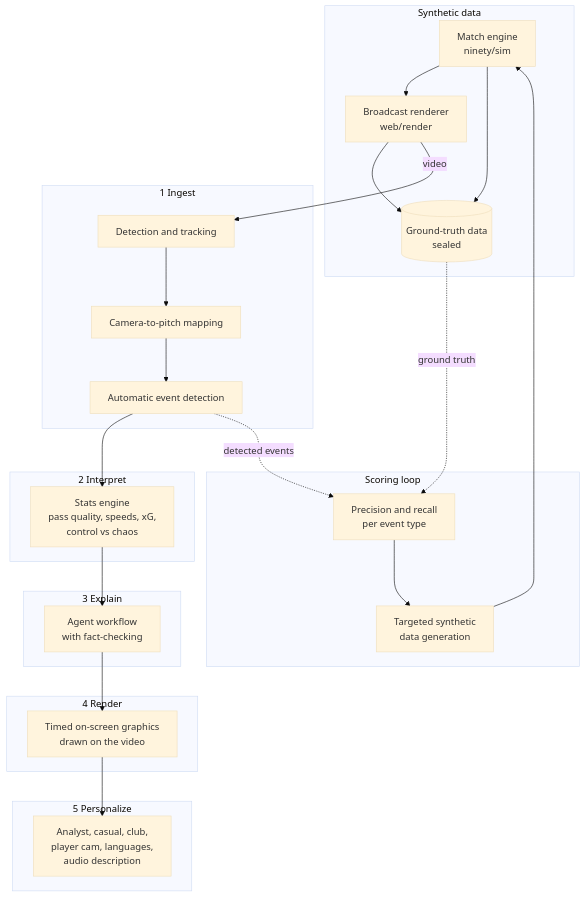
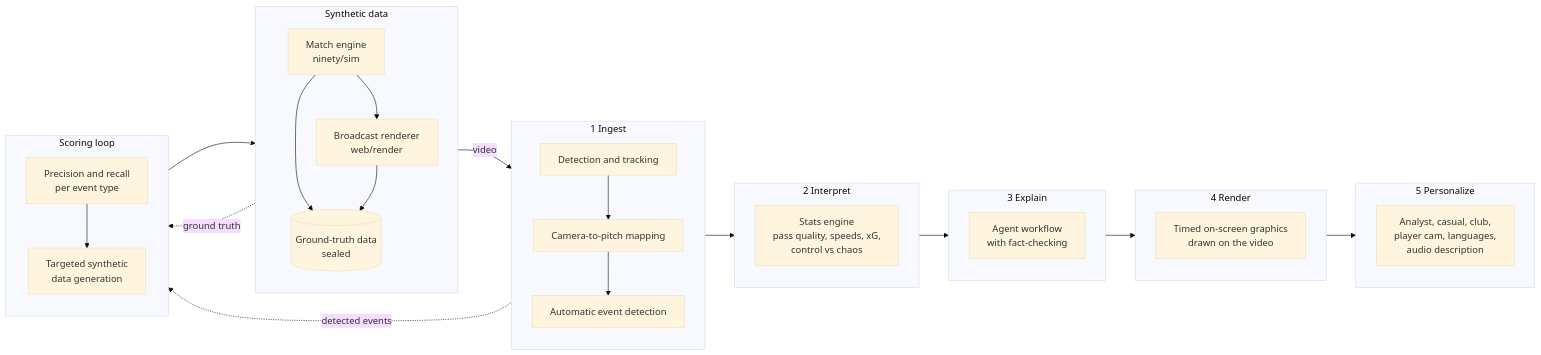
Before and after one commit to KLKH7/the-ninety-labs: the first of 4 diagrams in docs/ARCHITECTURE.md, drawn with Mermaid (base theme). The commit also changed other lines of this file, not shown here.

Commit message:
Architecture diagrams: set direction inside each group so both diagrams stay compact

````diff
--- a/docs/ARCHITECTURE.md
+++ b/docs/ARCHITECTURE.md
@@ -34,46 +34,53 @@
 ```mermaid
-flowchart TB
+flowchart LR
     subgraph DATA["Synthetic data"]
+        direction TB
         SIM["Match engine<br/>ninety/sim"]
         RENDER["Broadcast renderer<br/>web/render"]
         TRUTH[("Ground-truth data<br/>sealed")]
         SIM --> RENDER
         SIM --> TRUTH
         RENDER --> TRUTH
     end
 
     subgraph INGEST["1 Ingest"]
+        direction TB
         DET["Detection and tracking"]
         MAP["Camera-to-pitch mapping"]
         EVT["Automatic event detection"]
         DET --> MAP --> EVT
     end
 
     subgraph INTERPRET["2 Interpret"]
+        direction TB
         STATS["Stats engine<br/>pass quality, speeds, xG,<br/>control vs chaos"]
     end
 
     subgraph EXPLAIN["3 Explain"]
+        direction TB
         AGENTS["Agent workflow<br/>with fact-checking"]
     end
 
     subgraph RENDERSTAGE["4 Render"]
+        direction TB
         CUES["Timed on-screen graphics<br/>drawn on the video"]
     end
 
     subgraph PERSONALIZE["5 Personalize"]
+        direction TB
         VIEW["Analyst, casual, club,<br/>player cam, languages,<br/>audio description"]
     end
 
     RENDER -- video --> DET
     EVT --> STATS --> AGENTS --> CUES --> VIEW
 
     subgraph SCORE["Scoring loop"]
+        direction TB
         EVAL["Precision and recall<br/>per event type"]
         GEN["Targeted synthetic<br/>data generation"]
     end
 
     EVT -. detected events .-> EVAL
     TRUTH -. ground truth .-> EVAL
     EVAL --> GEN --> SIM
 ```
````
